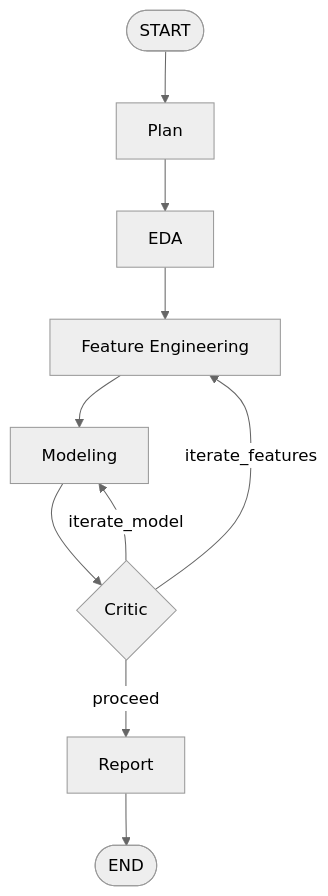
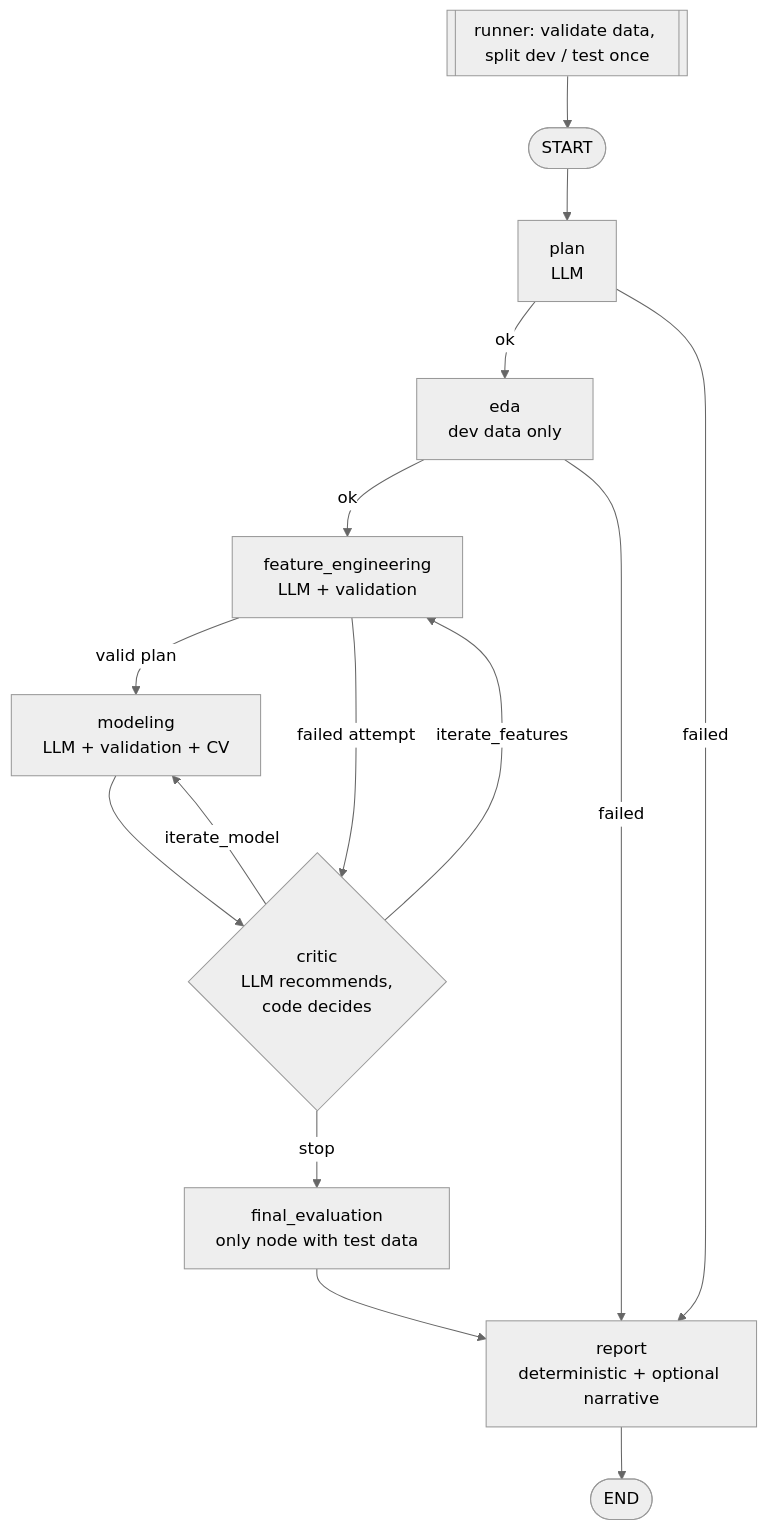
Before and after one commit to Prevailing96/Autonomous-Data-Scientist-: the diagram in README.md, drawn with Mermaid (neutral theme). The commit also changed other lines of this file and 23 other files, not shown here.

First line of the commit message:
Fix evaluation leakage, add candidate selection, validation, and offline mode

````diff
--- a/README.md
+++ b/README.md
@@ -28,12 +33,17 @@
 ```mermaid
 flowchart TD
-    START([START]) --> plan[Plan]
-    plan --> eda[EDA]
-    eda --> fe[Feature Engineering]
-    fe --> model[Modeling]
-    model --> critic{Critic}
+    split[["runner: validate data, split dev / test once"]] --> START([START])
+    START --> plan[plan<br/>LLM]
+    plan -- ok --> eda[eda<br/>dev data only]
+    plan -- failed --> report
+    eda -- ok --> fe[feature_engineering<br/>LLM + validation]
+    eda -- failed --> report
+    fe -- valid plan --> model[modeling<br/>LLM + validation + CV]
+    fe -- failed attempt --> critic
+    model --> critic{critic<br/>LLM recommends,<br/>code decides}
     critic -- iterate_features --> fe
     critic -- iterate_model --> model
-    critic -- proceed --> report[Report]
+    critic -- stop --> final[final_evaluation<br/>only node with test data]
+    final --> report[report<br/>deterministic + optional narrative]
     report --> END([END])
 ```
````
